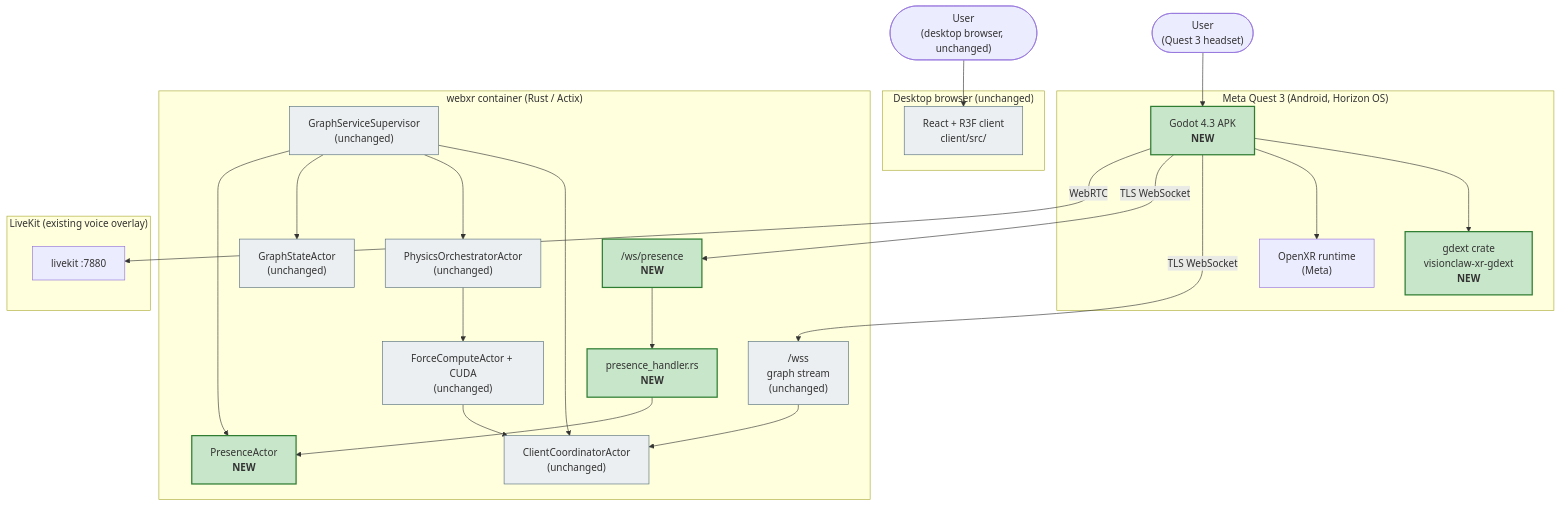
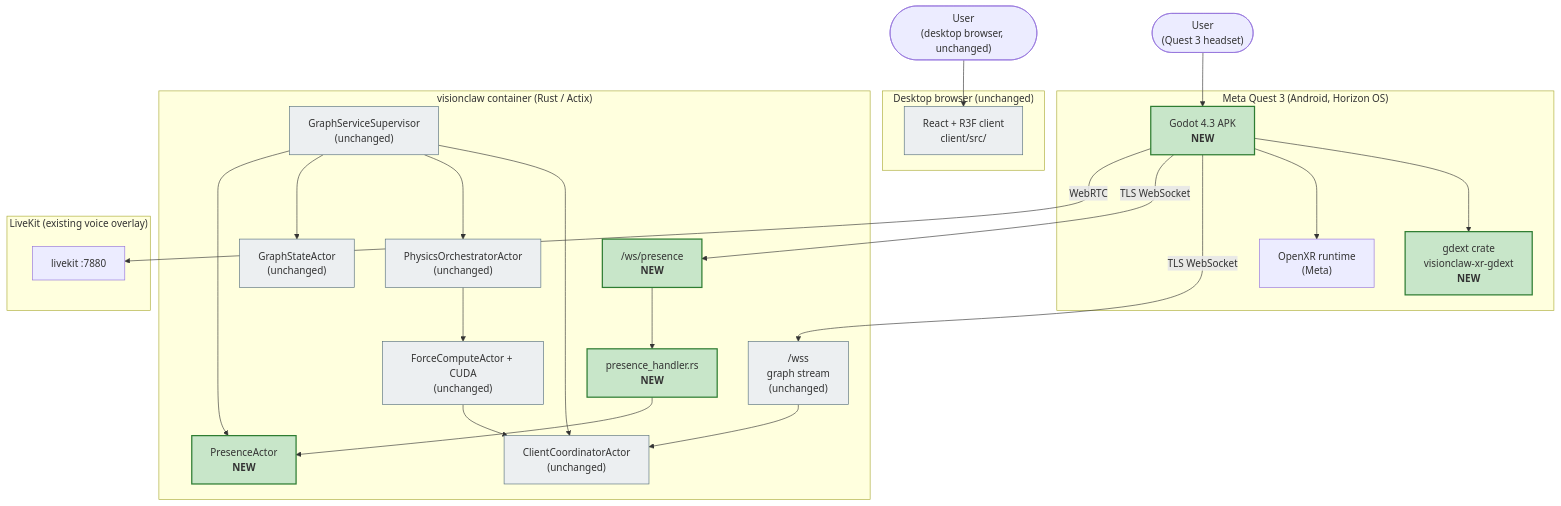
One commit to shaneholloman/logseq-spring-thing changed the first of 3 diagrams in docs/explanation/xr-architecture.md. Above: the diagram before and after it, drawn with Mermaid. The commit also changed other lines of this file and 58 other files, not shown here.

First line of the commit message:
docs: Neo4j→Oxigraph + webxr→visionclaw alignment, physics controls, health probes

````diff
--- a/docs/explanation/xr-architecture.md
+++ b/docs/explanation/xr-architecture.md
@@ -68,53 +68,53 @@
 ```mermaid
 graph TB
     User(["User<br/>(Quest 3 headset)"])
     DesktopUser(["User<br/>(desktop browser, unchanged)"])
 
     subgraph QuestDevice ["Meta Quest 3 (Android, Horizon OS)"]
         APK["Godot 4.3 APK<br/><b>NEW</b>"]
         GDExt["gdext crate<br/>visionclaw-xr-gdext<br/><b>NEW</b>"]
         OpenXR["OpenXR runtime<br/>(Meta)"]
         APK --> GDExt
         APK --> OpenXR
     end
 
     subgraph DesktopBrowser ["Desktop browser (unchanged)"]
         R3F["React + R3F client<br/>client/src/"]
     end
 
-    subgraph WebxrContainer ["webxr container (Rust / Actix)"]
+    subgraph VisionclawContainer ["visionclaw container (Rust / Actix)"]
         WSGraph["/wss<br/>graph stream<br/>(unchanged)"]
         WSPresence["/ws/presence<br/><b>NEW</b>"]
         PresHandler["presence_handler.rs<br/><b>NEW</b>"]
         PresActor["PresenceActor<br/><b>NEW</b>"]
         Supervisor["GraphServiceSupervisor<br/>(unchanged)"]
         ClientCoord["ClientCoordinatorActor<br/>(unchanged)"]
         Physics["PhysicsOrchestratorActor<br/>(unchanged)"]
         ForceCompute["ForceComputeActor + CUDA<br/>(unchanged)"]
         GraphState["GraphStateActor<br/>(unchanged)"]
 
         WSGraph --> ClientCoord
         WSPresence --> PresHandler --> PresActor
         Supervisor --> ClientCoord
         Supervisor --> Physics
         Supervisor --> GraphState
         Supervisor --> PresActor
         ForceCompute --> ClientCoord
         Physics --> ForceCompute
     end
 
     subgraph LK ["LiveKit (existing voice overlay)"]
         LiveKit["livekit :7880"]
     end
 
     User --> APK
     DesktopUser --> R3F
     APK -- "TLS WebSocket" --> WSGraph
     APK -- "TLS WebSocket" --> WSPresence
     APK -- "WebRTC" --> LiveKit
 
     classDef new fill:#c8e6c9,stroke:#2e7d32,stroke-width:2px
     classDef unchanged fill:#eceff1,stroke:#546e7a
     class APK,GDExt,WSPresence,PresHandler,PresActor new
     class WSGraph,Supervisor,ClientCoord,Physics,ForceCompute,GraphState,R3F unchanged
 ```
````
